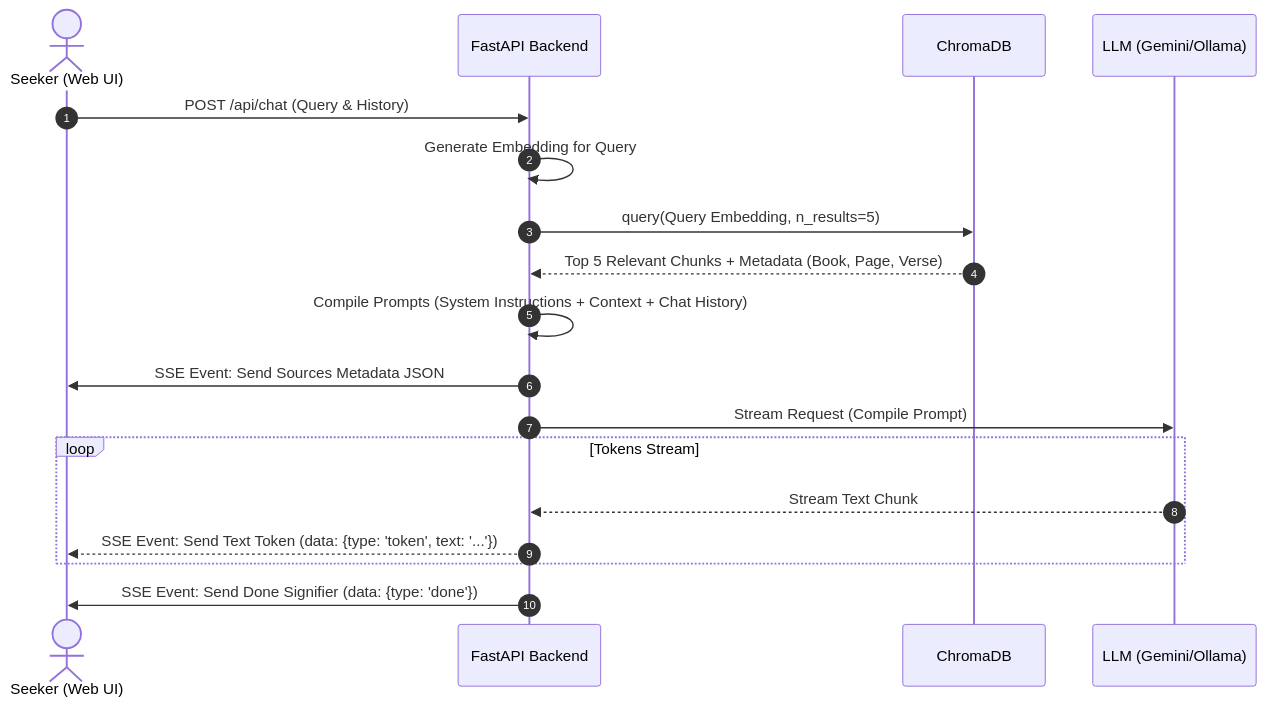
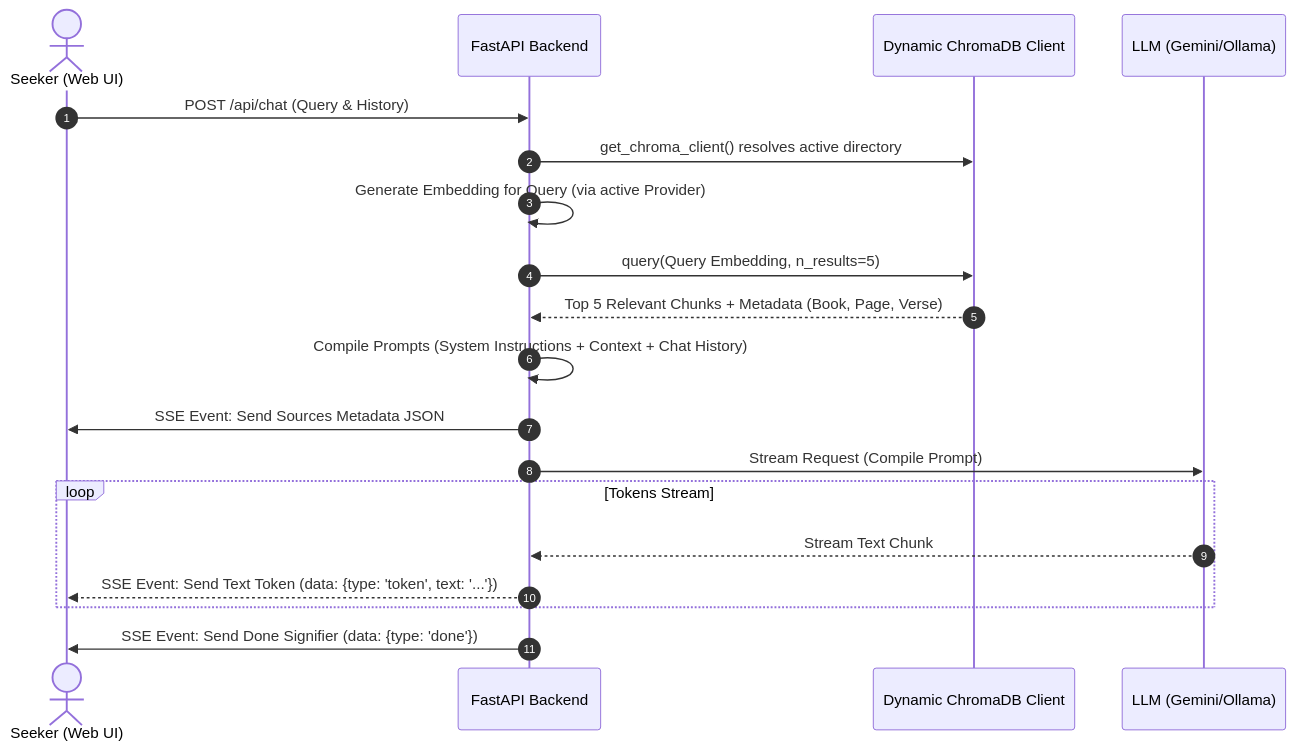
The third of 3 diagrams in docs/architecture.md (rhassija/gita), drawn with Mermaid before and after one commit. The commit also changed other lines of this file and 9 other files, not shown here.

First line of the commit message:
Enhance AntarJyoti architecture and codebase with dynamic configuration, admin authentication, and improved ingestion workflows

````diff
--- a/docs/architecture.md
+++ b/docs/architecture.md
@@ -28,21 +50,22 @@
 ```mermaid
 sequenceDiagram
     autonumber
     actor Seeker as Seeker (Web UI)
     participant API as FastAPI Backend
-    participant DB as ChromaDB
+    participant DB as Dynamic ChromaDB Client
     participant LLM as LLM (Gemini/Ollama)
 
     Seeker->>API: POST /api/chat (Query & History)
-    API->>API: Generate Embedding for Query
+    API->>DB: get_chroma_client() resolves active directory
+    API->>API: Generate Embedding for Query (via active Provider)
     API->>DB: query(Query Embedding, n_results=5)
     DB-->>API: Top 5 Relevant Chunks + Metadata (Book, Page, Verse)
     API->>API: Compile Prompts (System Instructions + Context + Chat History)
     API->>Seeker: SSE Event: Send Sources Metadata JSON
     API->>LLM: Stream Request (Compile Prompt)
     loop Tokens Stream
         LLM-->>API: Stream Text Chunk
         API-->>Seeker: SSE Event: Send Text Token (data: {type: 'token', text: '...'})
     end
     API->>Seeker: SSE Event: Send Done Signifier (data: {type: 'done'})
 ```
````
